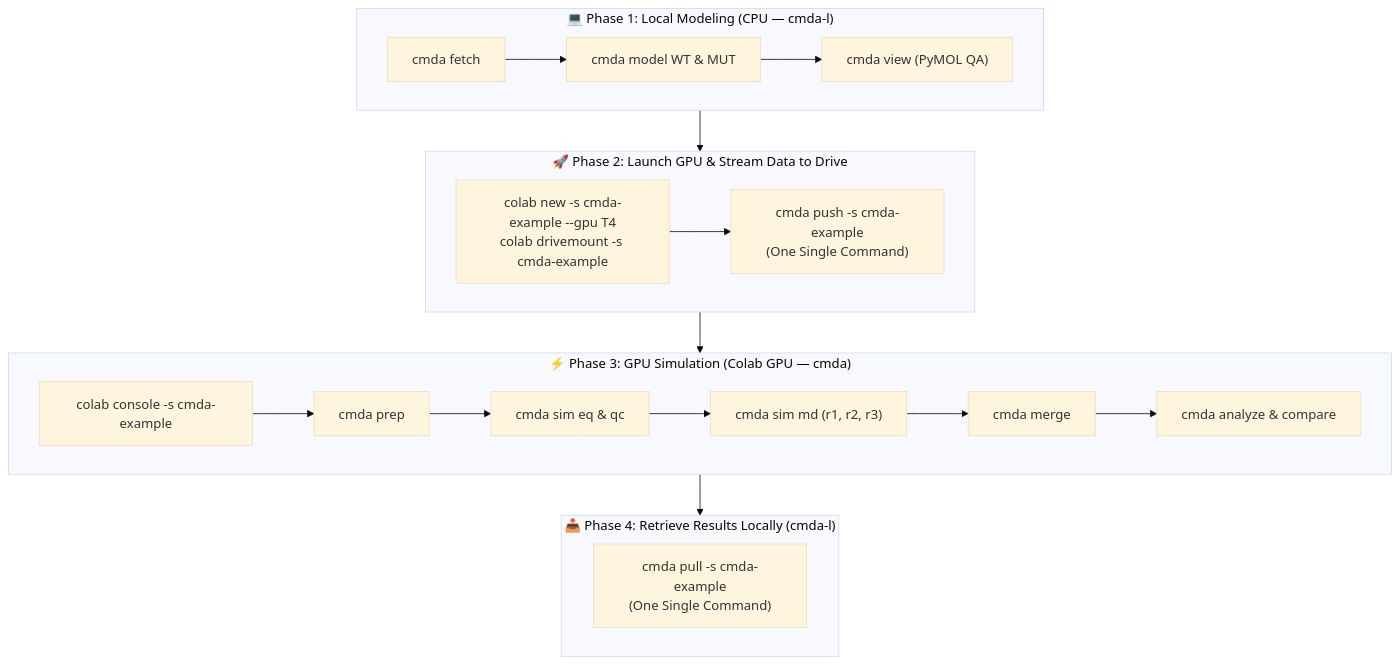
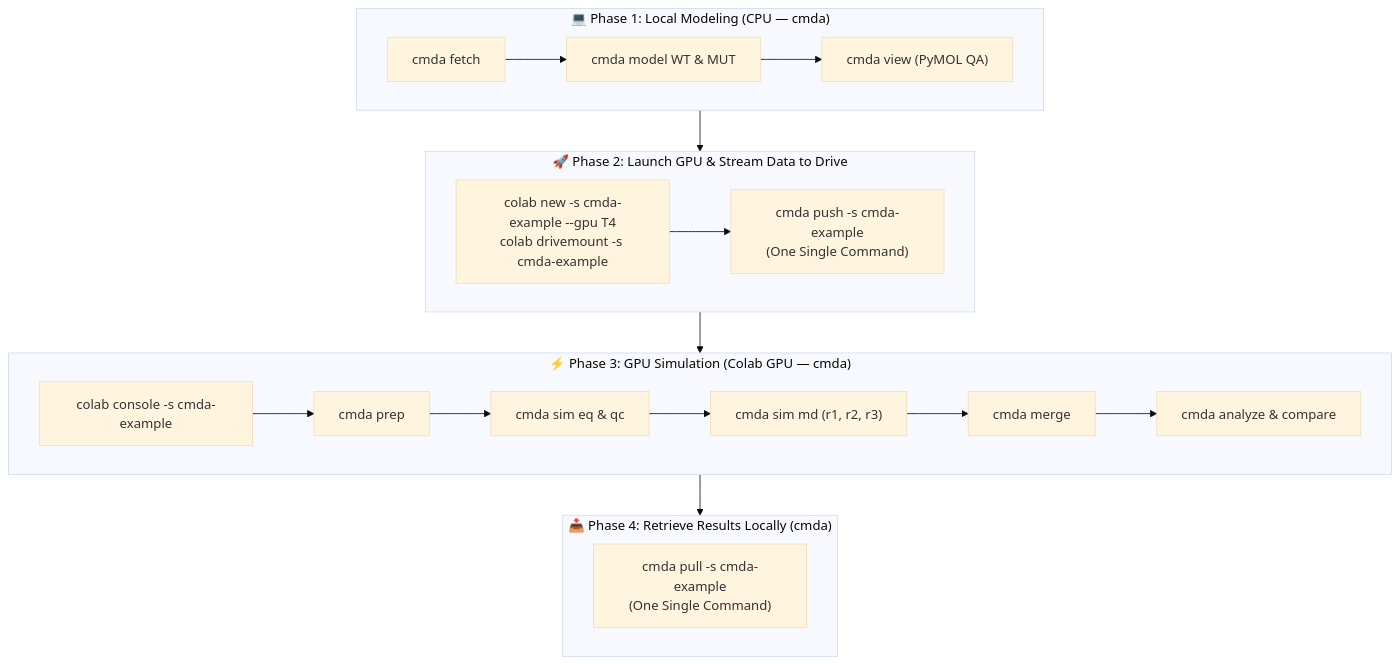
Before and after one commit to paulshamrat/ColabMDA: the second of 2 diagrams in README.md, drawn with Mermaid (base theme). The commit also changed other lines of this file, not shown here.

Commit message:
docs: unify conda environment name to cmda across local and cloud setups

````diff
--- a/README.md
+++ b/README.md
@@ -132,24 +132,24 @@
 ```mermaid
 flowchart TD
-    subgraph P1 ["💻 Phase 1: Local Modeling (CPU — cmda-l)"]
+    subgraph P1 ["💻 Phase 1: Local Modeling (CPU — cmda)"]
         F["cmda fetch"] --> M["cmda model WT & MUT"]
         M --> V["cmda view (PyMOL QA)"]
     end
     subgraph P2 ["🚀 Phase 2: Launch GPU & Stream Data to Drive"]
         L["colab new -s cmda-example --gpu T4<br/>colab drivemount -s cmda-example"] --> P["cmda push -s cmda-example<br/>(One Single Command)"]
     end
     subgraph P3 ["⚡ Phase 3: GPU Simulation (Colab GPU — cmda)"]
         C["colab console -s cmda-example"] --> PR["cmda prep"]
         PR --> EQ["cmda sim eq & qc"]
         EQ --> MD["cmda sim md (r1, r2, r3)"]
         MD --> MR["cmda merge"]
         MR --> AN["cmda analyze & compare"]
     end
-    subgraph P4 ["📥 Phase 4: Retrieve Results Locally (cmda-l)"]
+    subgraph P4 ["📥 Phase 4: Retrieve Results Locally (cmda)"]
         DL["cmda pull -s cmda-example<br/>(One Single Command)"]
     end
 
     P1 --> P2
     P2 --> P3
     P3 --> P4
 ```
````
